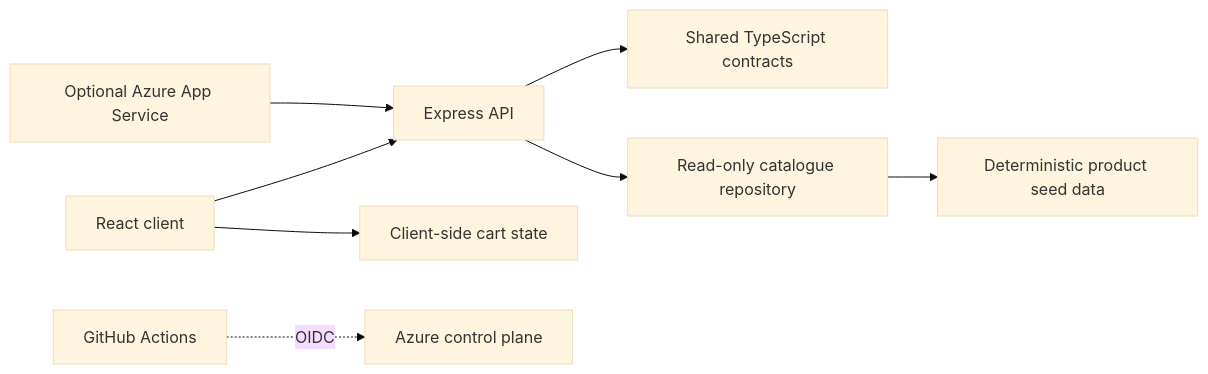
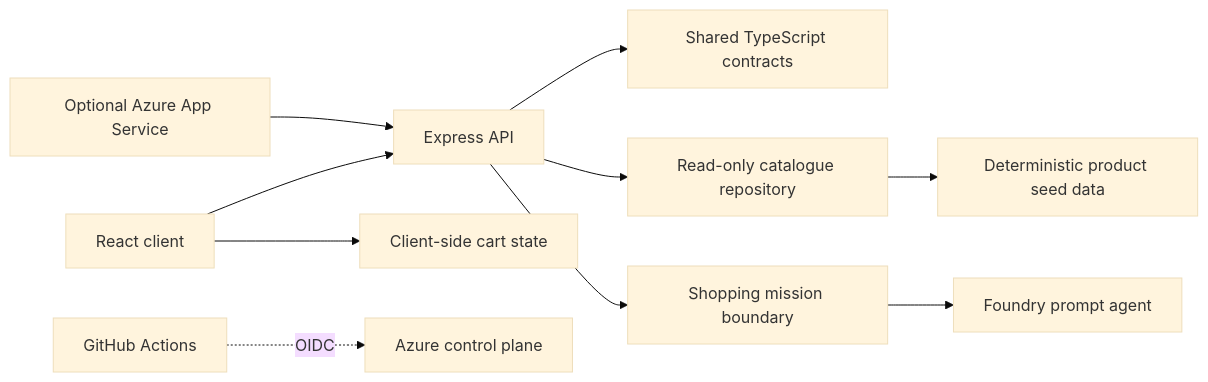
Before and after one commit to VeVarunSharma/build-days-agentic-sdlc: the diagram in DESIGN.md, drawn with Mermaid (base theme). The commit also changed other lines of this file and 56 other files, not shown here.

````diff
--- a/DESIGN.md
+++ b/DESIGN.md
@@ -59,10 +59,12 @@
 ```mermaid
 flowchart LR
     Browser[React client] --> API[Express API]
     API --> Contract[Shared TypeScript contracts]
     API --> Catalogue[Read-only catalogue repository]
+    API --> Mission[Shopping mission boundary]
+    Mission --> Foundry[Foundry prompt agent]
     Catalogue --> Seed[Deterministic product seed data]
     Browser --> Cart[Client-side cart state]
     AppService[Optional Azure App Service] --> API
     Actions[GitHub Actions] -. OIDC .-> Azure[Azure control plane]
 ```
````
